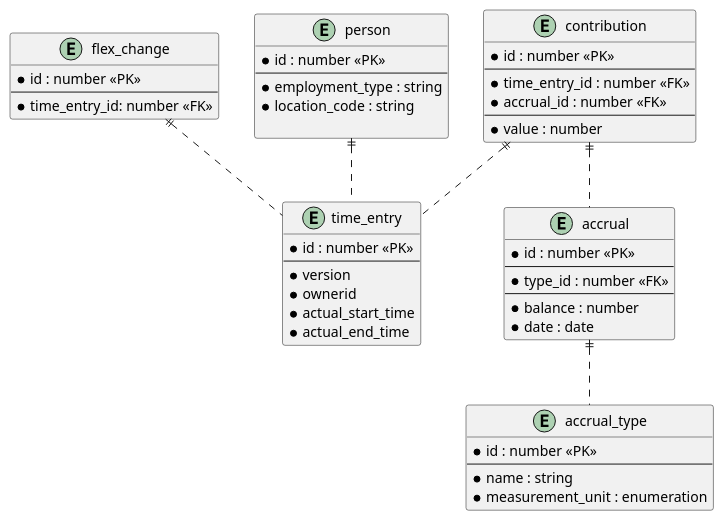
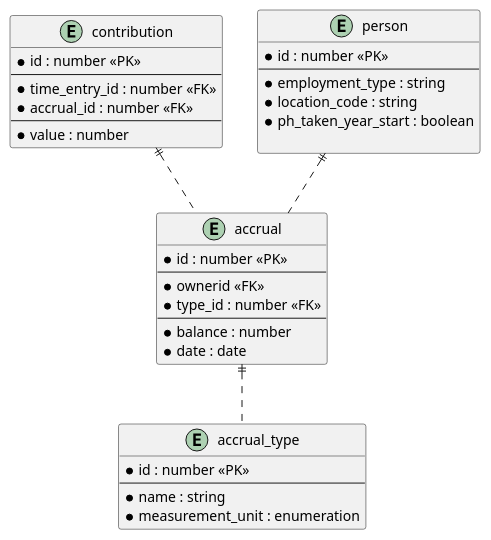
Before and after one commit to UKHomeOffice/callisto-accruals-restapi: the diagram in docs/storage-model.puml, drawn with PlantUML. The commit also changed 6 other files, not shown here.

```diff
--- a/docs/storage-model.puml
+++ b/docs/storage-model.puml
@@ -1,59 +1,44 @@
 @startuml
 
-entity time_entry {
-  * id : number <<PK>>
-  --
-  * version
-  * ownerid
-  * actual_start_time
-  * actual_end_time
-}
-
-entity flex_change {
-  * id : number <<PK>>
-  --
-  * time_entry_id: number <<FK>>
-}
 
 entity accrual {
   * id : number <<PK>>
   --
+  * ownerid << FK >>
   * type_id : number <<FK>>
   --
   * balance : number
   * date : date
 }
 
 entity contribution {
   * id : number <<PK>>
   --
   * time_entry_id : number <<FK>>
   * accrual_id : number <<FK>>
   --
   * value : number
 }
 
 entity accrual_type {
   * id : number <<PK>>
   --
   * name : string
   * measurement_unit : enumeration
 }
 
 accrual ||.. accrual_type
 contribution ||.. accrual
-contribution ||.. time_entry
-flex_change ||.. time_entry
-
 
 entity person {
   * id : number <<PK>>
   --
   * employment_type : string
   * location_code : string
+  * ph_taken_year_start : boolean
   
 }
 
-person ||.. time_entry
+person ||.. accrual
 
 @enduml
```
